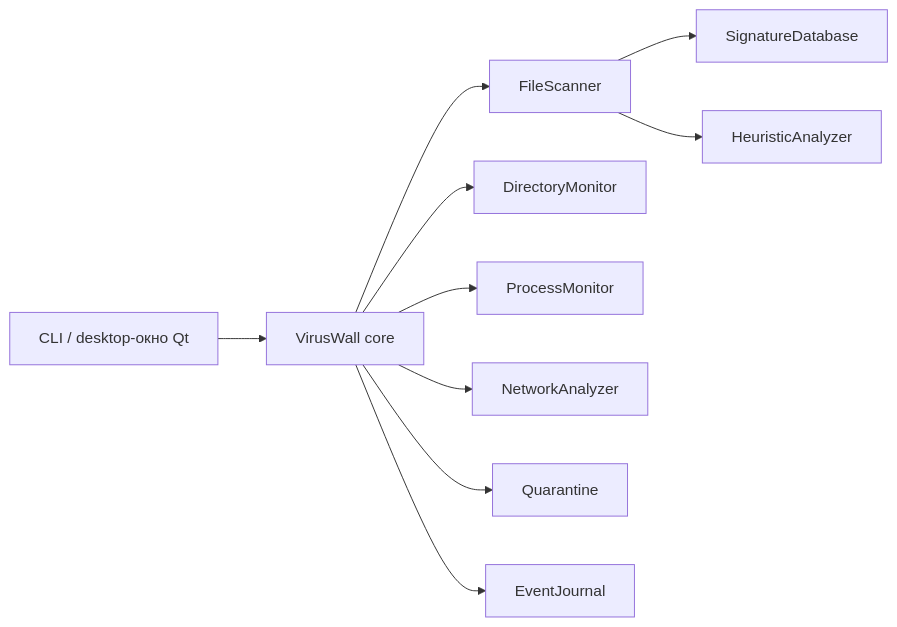
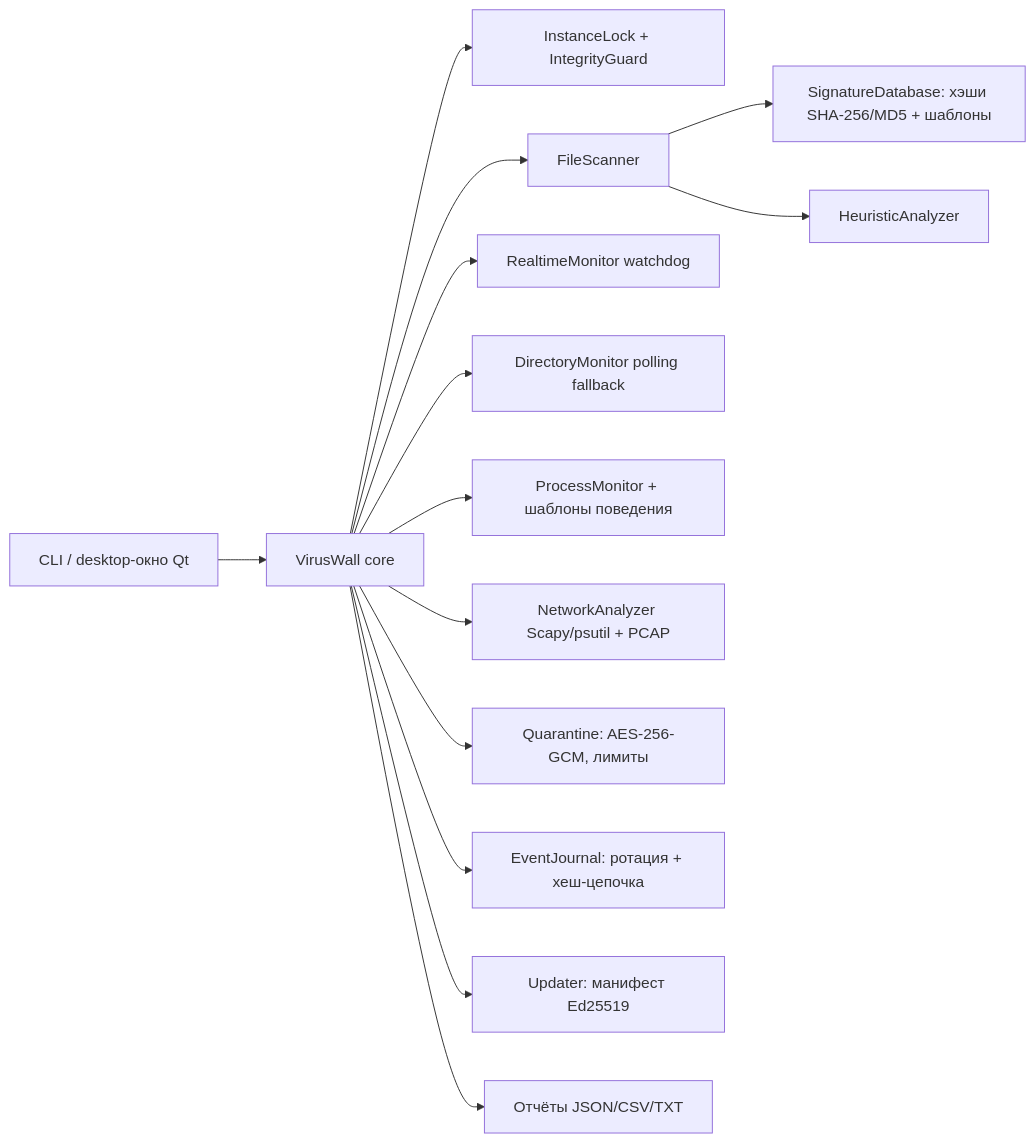
One commit to astrich27/virus_baby changed the diagram in ARCHITECTURE.md. Above: the diagram before and after it, drawn with Mermaid. The commit also changed other lines of this file and 13 other files, not shown here.

````diff
--- a/ARCHITECTURE.md
+++ b/ARCHITECTURE.md
@@ -5,12 +5,16 @@
 ```mermaid
 flowchart LR
   UI[CLI / desktop-окно Qt] --> CORE[VirusWall core]
+  CORE --> LOCK[InstanceLock + IntegrityGuard]
   CORE --> SCAN[FileScanner]
-  SCAN --> SIG[SignatureDatabase]
+  SCAN --> SIG[SignatureDatabase: хэши SHA-256/MD5 + шаблоны]
   SCAN --> HEU[HeuristicAnalyzer]
-  CORE --> FS[DirectoryMonitor]
-  CORE --> PROC[ProcessMonitor]
-  CORE --> NET[NetworkAnalyzer]
-  CORE --> Q[Quarantine]
-  CORE --> JOURNAL[EventJournal]
+  CORE --> RT[RealtimeMonitor watchdog]
+  CORE --> FS[DirectoryMonitor polling fallback]
+  CORE --> PROC[ProcessMonitor + шаблоны поведения]
+  CORE --> NET[NetworkAnalyzer Scapy/psutil + PCAP]
+  CORE --> Q[Quarantine: AES-256-GCM, лимиты]
+  CORE --> JOURNAL[EventJournal: ротация + хеш-цепочка]
+  CORE --> UPD[Updater: манифест Ed25519]
+  CORE --> REPORT[Отчёты JSON/CSV/TXT]
 ```
````
